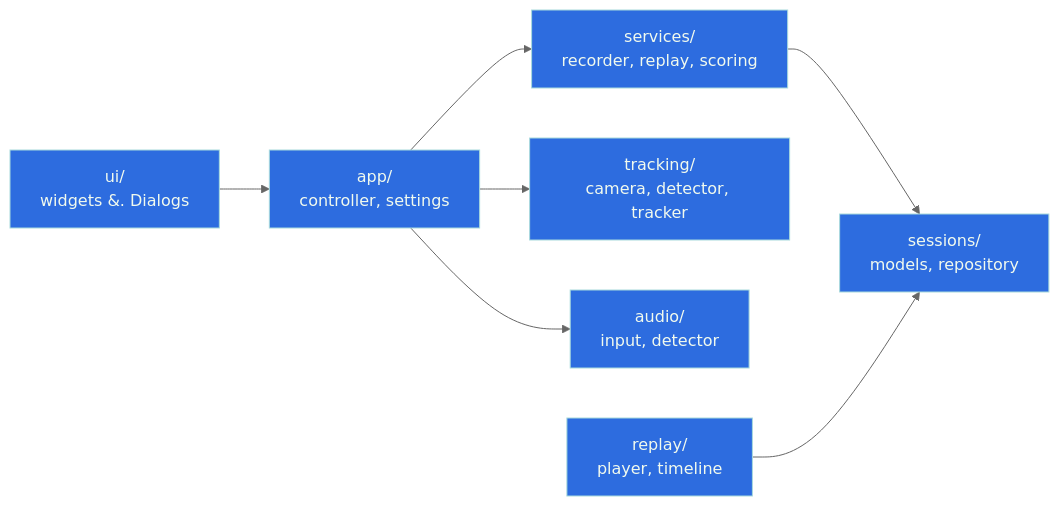
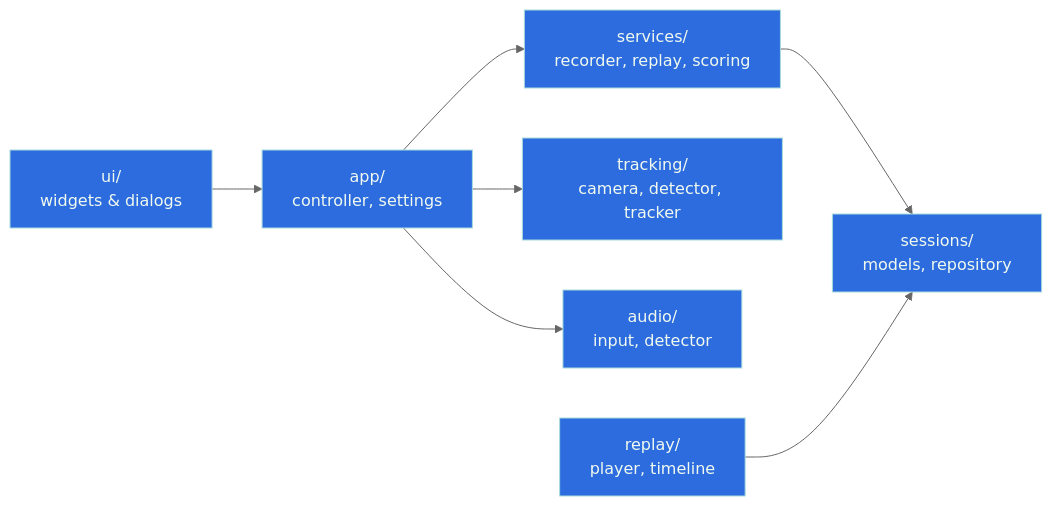
Before and after one commit to dsgnr/ShotTrainer: the second of 2 diagrams in docs/architecture.md, drawn with Mermaid (neutral theme). The commit also changed other lines of this file and 52 other files, not shown here.

````diff
--- a/docs/architecture.md
+++ b/docs/architecture.md
@@ -41,12 +51,12 @@
 ```mermaid
 flowchart LR
-    UI[ui/<br/>widgets &amp. Dialogs] --> App[app/<br/>controller, settings]
+    UI[ui/<br/>widgets &amp; dialogs] --> App[app/<br/>controller, settings]
     App --> Services[services/<br/>recorder, replay, scoring]
     App --> Tracking[tracking/<br/>camera, detector, tracker]
     App --> Audio[audio/<br/>input, detector]
     Services --> Sessions[sessions/<br/>models, repository]
     Replay[replay/<br/>player, timeline] --> Sessions
 
     classDef layer fill:#2d6cdf,stroke:#a8dadc,color:#f1faee;
     class UI,App,Services,Tracking,Audio,Sessions,Replay layer;
 ```
````
